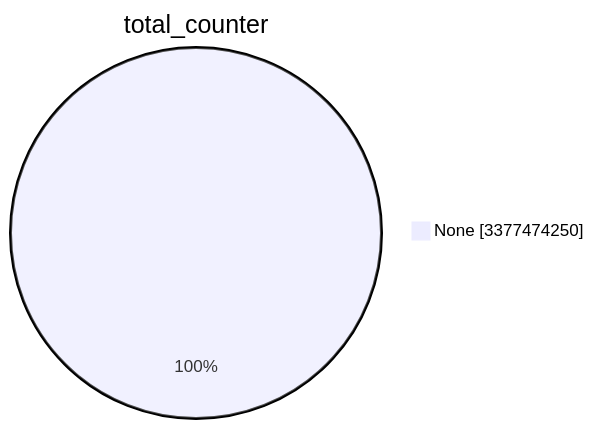
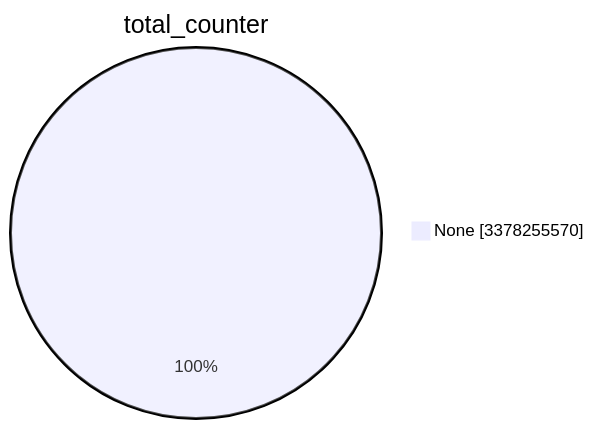
Before and after one commit to christiankrug/ctmonitor_visualization: the first of 15 diagrams in TOTAL/README.md, drawn with Mermaid. The commit also changed other lines of this file, not shown here.

````diff
--- a/TOTAL/README.md
+++ b/TOTAL/README.md
@@ -1,5 +1,5 @@
 ```mermaid
 pie showData
 title total_counter
-"None" :3377474250
+"None" :3378255570
 ```
````
